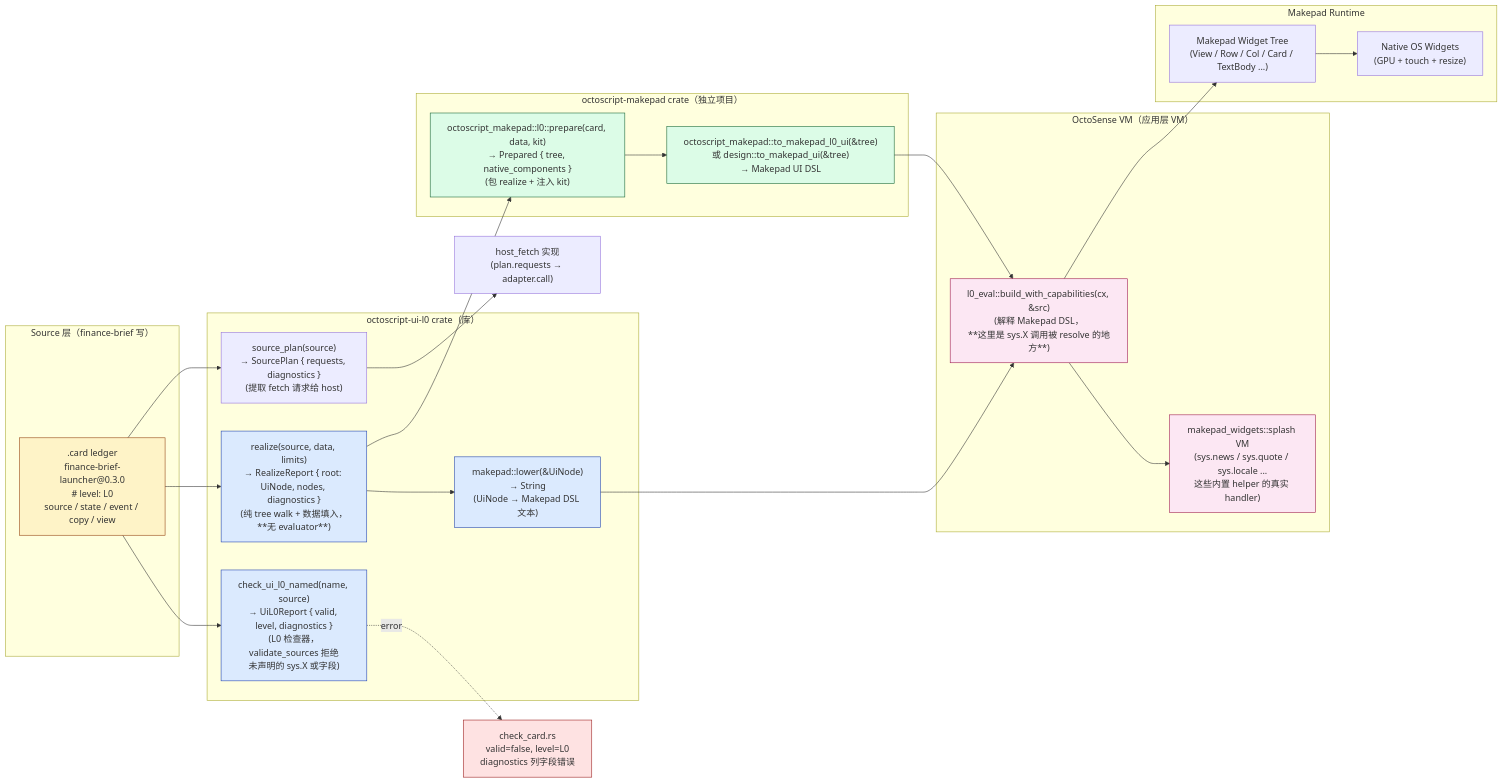
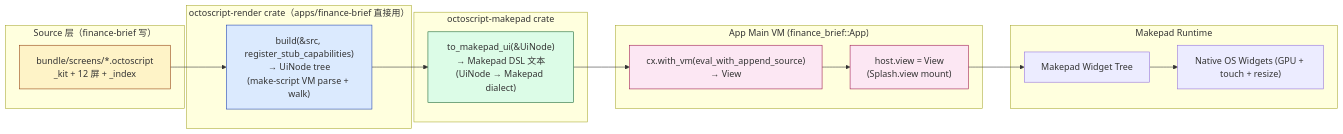
The first of 2 diagrams in docs/ARCH-PLATFORM-REALITY.md (ld1287/finance-brief), drawn with Mermaid before and after one commit. The commit also changed other lines of this file and 1 other file, not shown here.

````diff
--- a/docs/ARCH-PLATFORM-REALITY.md
+++ b/docs/ARCH-PLATFORM-REALITY.md
@@ -14,52 +18,37 @@
 ```mermaid
 flowchart LR
     subgraph S1["Source 层（finance-brief 写）"]
-        A[".card ledger<br/>finance-brief-launcher@0.3.0<br/># level: L0<br/>source / state / event / copy / view"]
+        A["bundle/screens/*.octoscript<br/>_kit + 12 屏 + _index"]
     end
 
-    subgraph S2["octoscript-ui-l0 crate（库）"]
-        B["check_ui_l0_named(name, source)<br/>→ UiL0Report { valid, level, diagnostics }<br/>(L0 检查器，validate_sources 拒绝<br/>未声明的 sys.X 或字段)"]
-        C["realize(source, data, limits)<br/>→ RealizeReport { root: UiNode, nodes, diagnostics }<br/>(纯 tree walk + 数据填入，<br/>**无 evaluator**)"]
-        D["makepad::lower(&UiNode)<br/>→ String<br/>(UiNode → Makepad DSL 文本)"]
-        E["source_plan(source)<br/>→ SourcePlan { requests, diagnostics }<br/>(提取 fetch 请求给 host)"]
+    subgraph S2["octoscript-render crate（apps/finance-brief 直接用）"]
+        B["build(&src, register_stub_capabilities)<br/>→ UiNode tree<br/>(make-script VM parse + walk)"]
     end
 
-    subgraph S3["octoscript-makepad crate（独立项目）"]
-        F["octoscript_makepad::l0::prepare(card, data, kit)<br/>→ Prepared { tree, native_components }<br/>(包 realize + 注入 kit)"]
-        G["octoscript_makepad::to_makepad_l0_ui(&tree)<br/>或 design::to_makepad_ui(&tree)<br/>→ Makepad UI DSL"]
+    subgraph S3["octoscript-makepad crate"]
+        C["to_makepad_ui(&UiNode)<br/>→ Makepad DSL 文本<br/>(UiNode → Makepad dialect)"]
     end
 
-    subgraph S4["OctoSense VM（应用层 VM）"]
-        H["l0_eval::build_with_capabilities(cx, &src)<br/>(解释 Makepad DSL，<br/>**这里是 sys.X 调用被 resolve 的地方**)"]
-        I["makepad_widgets::splash VM<br/>(sys.news / sys.quote / sys.locale ...<br/>这些内置 helper 的真实 handler)"]
+    subgraph S4["App Main VM (finance_brief::App)"]
+        D["cx.with_vm(eval_with_append_source)<br/>→ View"]
+        E["host.view = View<br/>(Splash.view mount)"]
     end
 
     subgraph S5["Makepad Runtime"]
-        J["Makepad Widget Tree<br/>(View / Row / Col / Card / TextBody ...)"]
-        K["Native OS Widgets<br/>(GPU + touch + resize)"]
+        F["Makepad Widget Tree"]
+        G["Native OS Widgets (GPU + touch + resize)"]
     end
 
     A --> B
-    A --> C
-    A --> E
-    B -.error.-> Z1["check_card.rs<br/>valid=false, level=L0<br/>diagnostics 列字段错误"]
+    B --> C
     C --> D
-    C --> F
-    D --> H
+    D --> E
+    E --> F
     F --> G
-    G --> H
-    E --> H1["host_fetch 实现<br/>(plan.requests → adapter.call)"]
-    H --> I
-    H --> J
-    J --> K
 
     style A fill:#fef3c7,stroke:#92400e
     style B fill:#dbeafe,stroke:#1e40af
-    style C fill:#dbeafe,stroke:#1e40af
-    style D fill:#dbeafe,stroke:#1e40af
-    style F fill:#dcfce7,stroke:#166534
-    style G fill:#dcfce7,stroke:#166534
-    style H fill:#fce7f3,stroke:#9d174d
-    style I fill:#fce7f3,stroke:#9d174d
-    style Z1 fill:#fee2e2,stroke:#991b1b
+    style C fill:#dcfce7,stroke:#166534
+    style D fill:#fce7f3,stroke:#9d174d
+    style E fill:#fce7f3,stroke:#9d174d
 ```
````
